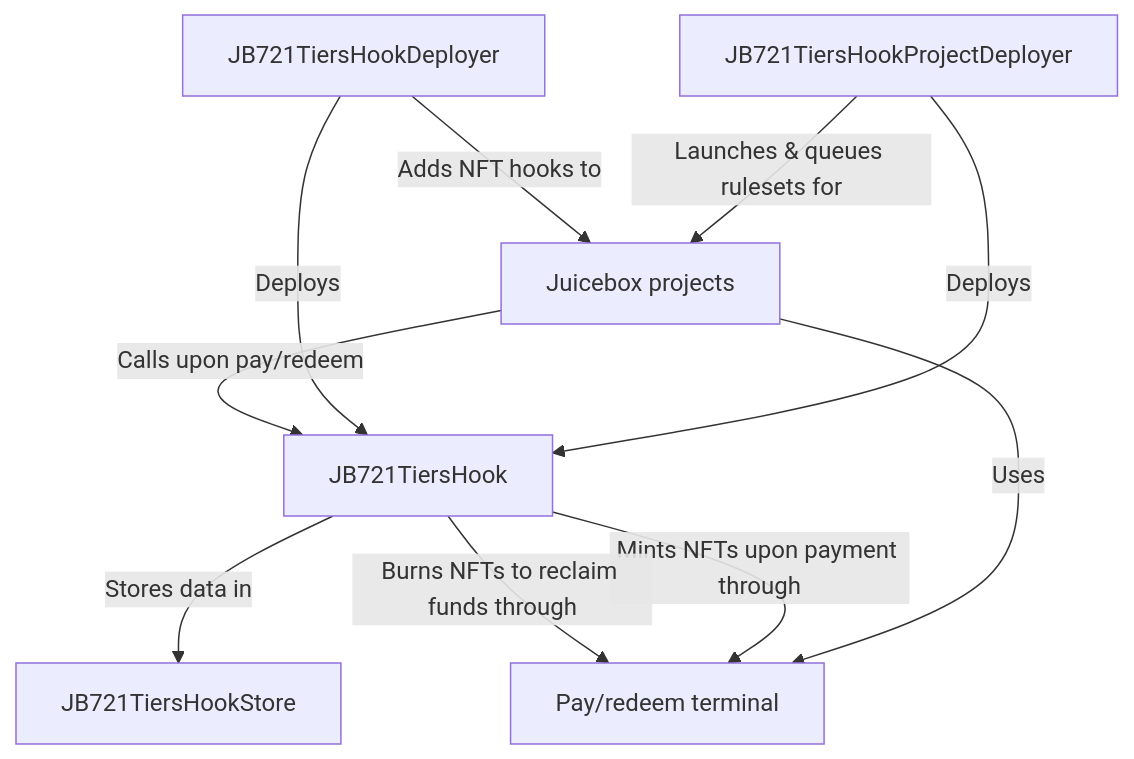
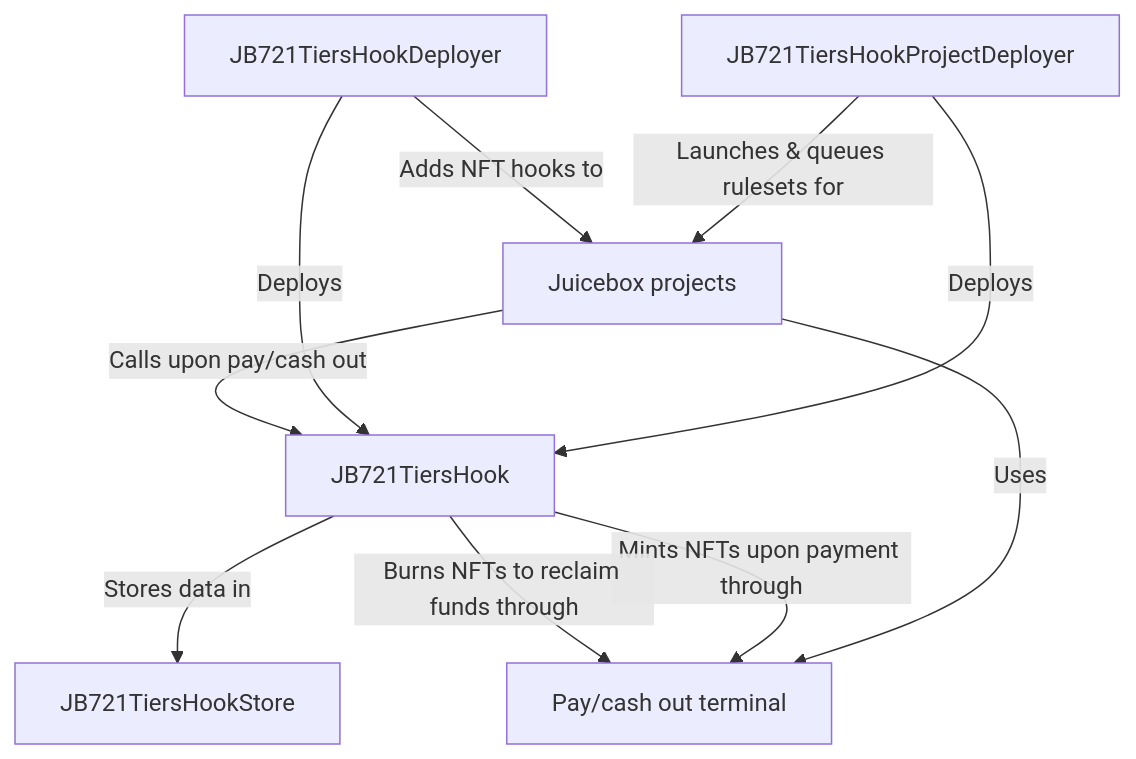
One commit to Bananapus/nana-721-hook-v6 changed the diagram in README.md. Above: the diagram before and after it, drawn with Mermaid. The commit also changed other lines of this file and 1 other file, not shown here.

````diff
--- a/README.md
+++ b/README.md
@@ -187,12 +187,12 @@
 ```mermaid
 graph TD;
     A[JB721TiersHookProjectDeployer] -->|Launches & queues rulesets for| B[Juicebox projects]
     D[JB721TiersHookDeployer] -->|Adds NFT hooks to| B
     A -->|Deploys| C[JB721TiersHook]
     D -->|Deploys| C
-    B -->|Calls upon pay/redeem| C
+    B -->|Calls upon pay/cash out| C
     C -->|Stores data in| E[JB721TiersHookStore]
-    B -->|Uses| F[Pay/redeem terminal]
+    B -->|Uses| F[Pay/cash out terminal]
     C -->|Mints NFTs upon payment through| F
     C -->|Burns NFTs to reclaim funds through| F
 ```
````
